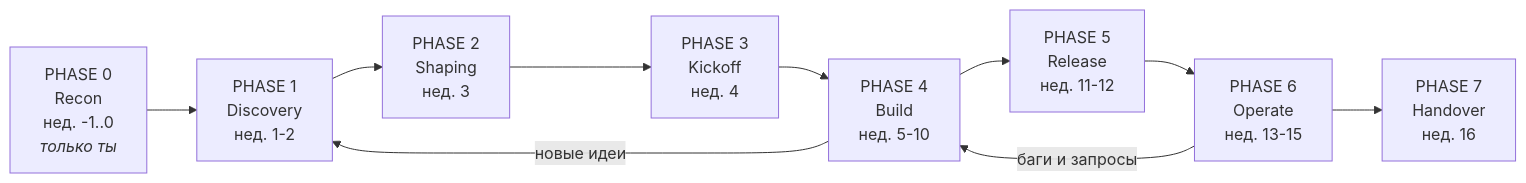
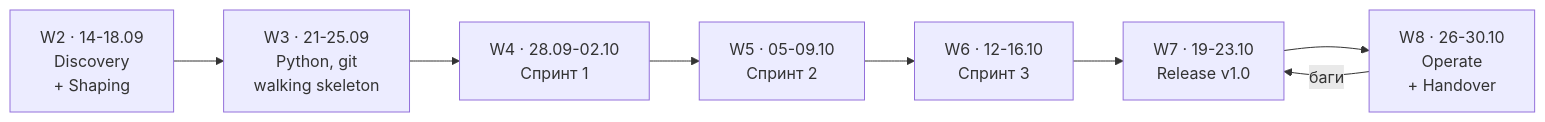
One commit to DanielyanGarnik/handbook changed the first of 3 diagrams in docs/ROADMAP.md. Above: the diagram before and after it, drawn with Mermaid. The commit also changed other lines of this file and 5 other files, not shown here.

First line of the commit message:
docs: rebuild the roadmap and lesson plans for the daily format

````diff
--- a/docs/ROADMAP.md
+++ b/docs/ROADMAP.md
@@ -27,15 +63,13 @@
 ```mermaid
 flowchart LR
-    P0["PHASE 0<br/>Recon<br/>нед. -1..0<br/><i>только ты</i>"]
-    P1["PHASE 1<br/>Discovery<br/>нед. 1-2"]
-    P2["PHASE 2<br/>Shaping<br/>нед. 3"]
-    P3["PHASE 3<br/>Kickoff<br/>нед. 4"]
-    P4["PHASE 4<br/>Build<br/>нед. 5-10"]
-    P5["PHASE 5<br/>Release<br/>нед. 11-12"]
-    P6["PHASE 6<br/>Operate<br/>нед. 13-15"]
-    P7["PHASE 7<br/>Handover<br/>нед. 16"]
+    W2["W2 · 14-18.09<br/>Discovery<br/>+ Shaping"]
+    W3["W3 · 21-25.09<br/>Python, git<br/>walking skeleton"]
+    W4["W4 · 28.09-02.10<br/>Спринт 1"]
+    W5["W5 · 05-09.10<br/>Спринт 2"]
+    W6["W6 · 12-16.10<br/>Спринт 3"]
+    W7["W7 · 19-23.10<br/>Release v1.0"]
+    W8["W8 · 26-30.10<br/>Operate<br/>+ Handover"]
 
-    P0 --> P1 --> P2 --> P3 --> P4 --> P5 --> P6 --> P7
-    P4 -->|"новые идеи"| P1
-    P6 -->|"баги и запросы"| P4
+    W2 --> W3 --> W4 --> W5 --> W6 --> W7 --> W8
+    W8 -->|"баги"| W7
 ```
````
